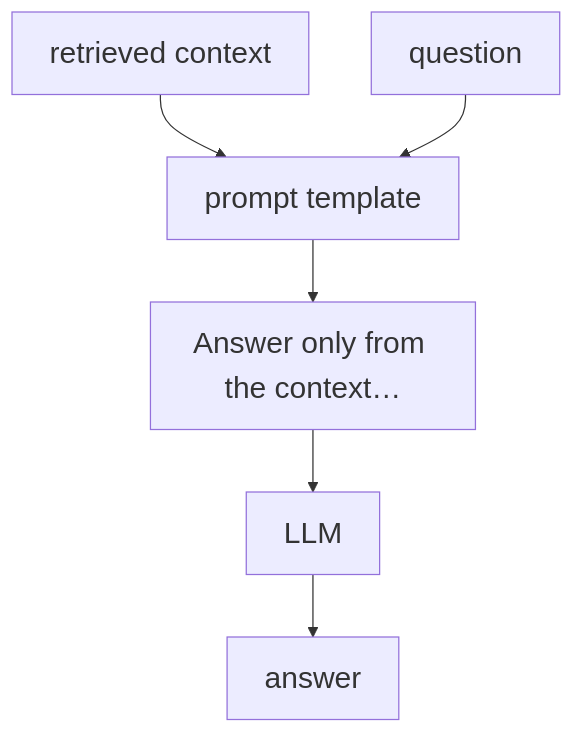
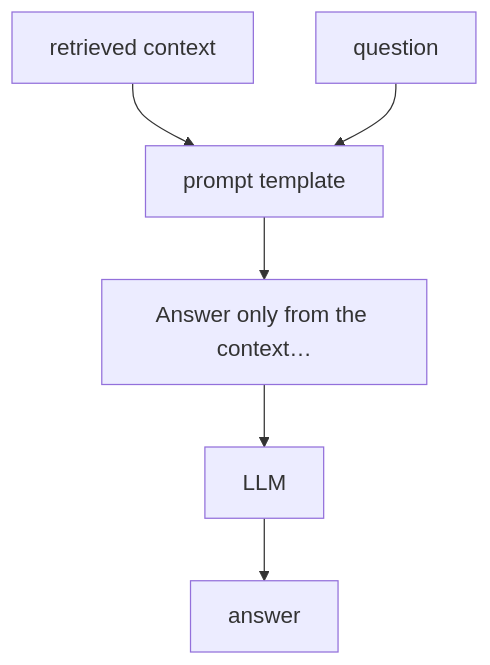
One commit to itsmusa/open-rag changed the diagram in diagrams/generation.mmd. Above: the diagram before and after it, drawn with Mermaid. The commit also changed 27 other files, not shown here.

Commit message:
Shrink diagram text from 24px to 18px

```diff
--- a/diagrams/generation.mmd
+++ b/diagrams/generation.mmd
@@ -1,5 +1,5 @@
-%%{init: {"themeVariables": {"fontSize": "24px"}}}%%
+%%{init: {"themeVariables": {"fontSize": "18px"}}}%%
 flowchart TD
   A["retrieved context"] --> C["prompt template"]
   B["question"] --> C["prompt template"]
   C --> D["Answer only from the context…"] --> E["LLM"] --> F["answer"]
```
